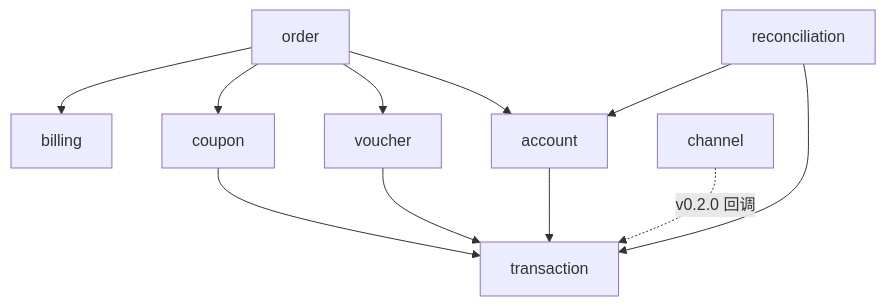
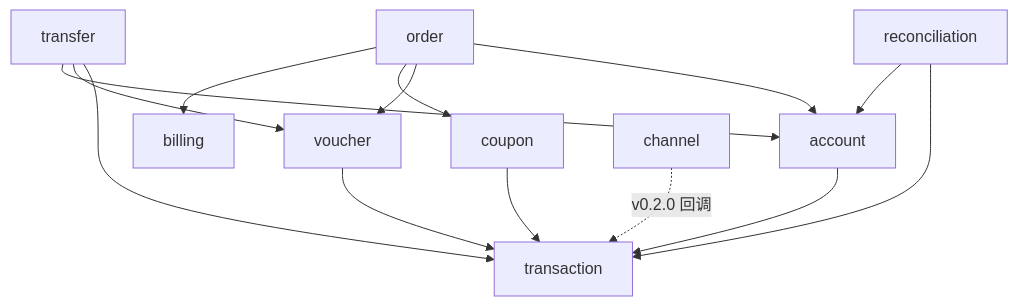
The diagram in src/provider/docs/index.md (quanttide/qtcloud-pay), drawn with Mermaid before and after one commit. The commit also changed other lines of this file and 25 other files, not shown here.

````diff
--- a/src/provider/docs/index.md
+++ b/src/provider/docs/index.md
@@ -39,13 +41,16 @@
 ```mermaid
 flowchart TD
     order --> billing
     order --> coupon
     order --> voucher
+    transfer --> account
+    transfer --> voucher
+    transfer --> transaction
     order --> account
     account --> transaction
     coupon --> transaction
     voucher --> transaction
     reconciliation --> account
     reconciliation --> transaction
     channel -. "v0.2.0 回调" .-> transaction
 ```
````
